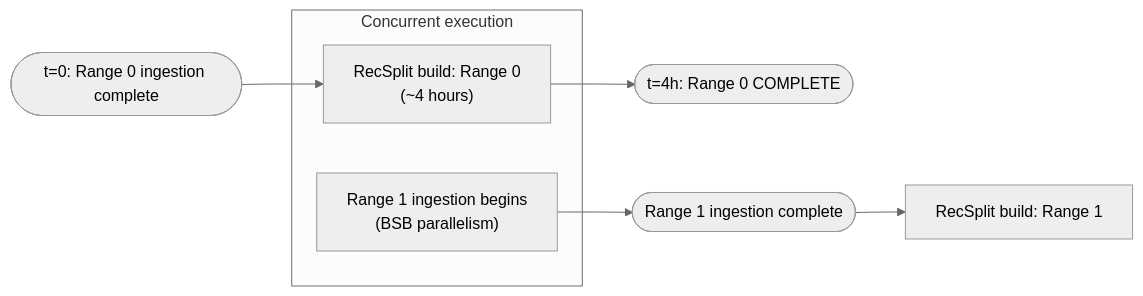
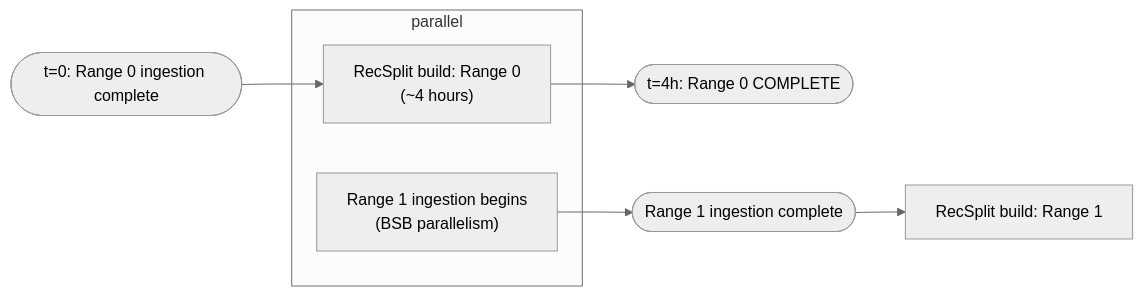
The second of 2 diagrams in design-docs-v2/05-backfill-transition-workflow.md (karthikiyer56/stellar-full-history-ingestion), drawn with Mermaid (neutral theme) before and after one commit. The commit also changed other lines of this file and 4 other files, not shown here.

Commit message:
fix: remove quoted labels and direction from mermaid subgraphs for GitHub rendering

````diff
--- a/design-docs-v2/05-backfill-transition-workflow.md
+++ b/design-docs-v2/05-backfill-transition-workflow.md
@@ -103,11 +102,11 @@
 ```mermaid
 flowchart LR
     T0(["t=0: Range 0 ingestion complete"]) --> A
-    subgraph parallel["Concurrent execution"]
+    subgraph parallel
         A["RecSplit build: Range 0<br/>(~4 hours)"]
         B["Range 1 ingestion begins<br/>(BSB parallelism)"]
     end
     A --> C(["t=4h: Range 0 COMPLETE"])
     B --> D(["Range 1 ingestion complete"])
     D --> E["RecSplit build: Range 1"]
 ```
````
